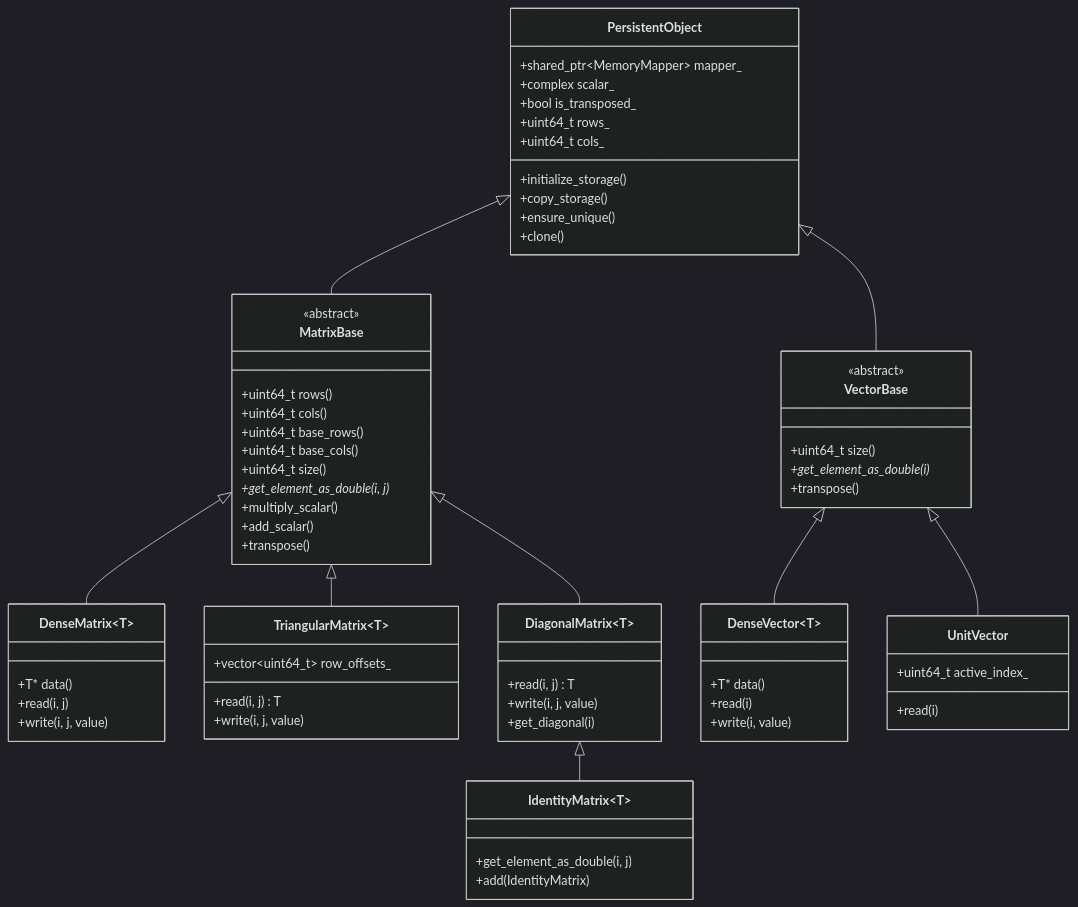
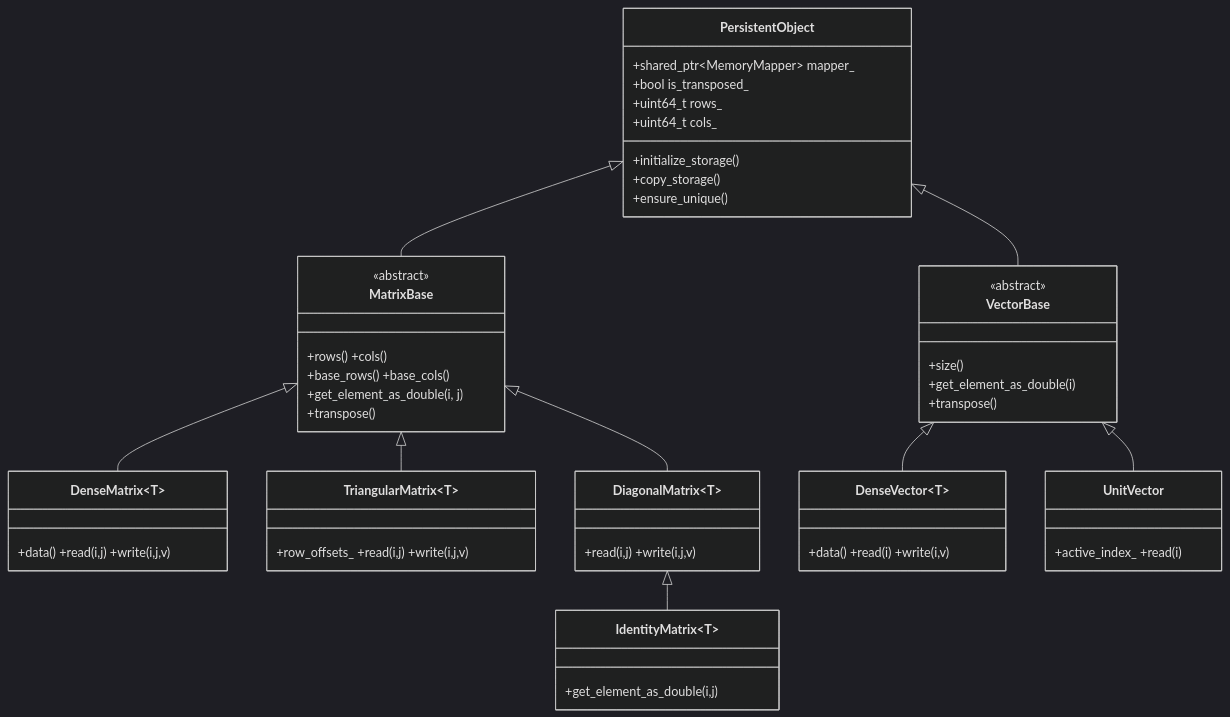
One commit to BrorH/pycauset changed the diagram in documentation/internals/Memory and Data.md. Above: the diagram before and after it, drawn with Mermaid (dark theme). The commit also changed other lines of this file and 9 other files, not shown here.

First line of the commit message:
docs: merge MemoryArchitecture.md into Memory and Data.md

````diff
--- a/documentation/internals/Memory and Data.md
+++ b/documentation/internals/Memory and Data.md
@@ -109,77 +145,40 @@
 ```mermaid
 classDiagram
     class PersistentObject {
         +shared_ptr~MemoryMapper~ mapper_
-        +complex scalar_
         +bool is_transposed_
         +uint64_t rows_
         +uint64_t cols_
         +initialize_storage()
         +copy_storage()
         +ensure_unique()
-        +clone()
     }
-    
     class MatrixBase {
         <<abstract>>
-        +uint64_t rows()
-        +uint64_t cols()
-        +uint64_t base_rows()
-        +uint64_t base_cols()
-        +uint64_t size()
-        +get_element_as_double(i, j)*
-        +multiply_scalar()
-        +add_scalar()
+        +rows() +cols()
+        +base_rows() +base_cols()
+        +get_element_as_double(i, j)
         +transpose()
     }
-
     class VectorBase {
         <<abstract>>
-        +uint64_t size()
-        +get_element_as_double(i)*
+        +size()
+        +get_element_as_double(i)
         +transpose()
     }
-    
-    class DenseMatrix~T~ {
-        +T* data()
-        +read(i, j)
-        +write(i, j, value)
-    }
-    
-    class TriangularMatrix~T~ {
-        +vector~uint64_t~ row_offsets_
-        +read(i, j) T
-        +write(i, j, value)
-    }
-
-    class DiagonalMatrix~T~ {
-        +read(i, j) T
-        +write(i, j, value)
-        +get_diagonal(i)
-    }
-
-    class IdentityMatrix~T~ {
-        +get_element_as_double(i, j)
-        +add(IdentityMatrix)
-    }
-
-    class DenseVector~T~ {
-        +T* data()
-        +read(i)
-        +write(i, value)
-    }
-
-    class UnitVector {
-        +uint64_t active_index_
-        +read(i)
-    }
+    class DenseMatrix~T~ { +data() +read(i,j) +write(i,j,v) }
+    class TriangularMatrix~T~ { +row_offsets_ +read(i,j) +write(i,j,v) }
+    class DiagonalMatrix~T~ { +read(i,j) +write(i,j,v) }
+    class IdentityMatrix~T~ { +get_element_as_double(i,j) }
+    class DenseVector~T~ { +data() +read(i) +write(i,v) }
+    class UnitVector { +active_index_ +read(i) }
 
     PersistentObject <|-- MatrixBase
     PersistentObject <|-- VectorBase
     MatrixBase <|-- DenseMatrix
     MatrixBase <|-- TriangularMatrix
     MatrixBase <|-- DiagonalMatrix
     DiagonalMatrix <|-- IdentityMatrix
     VectorBase <|-- DenseVector
     VectorBase <|-- UnitVector
 ```
````
